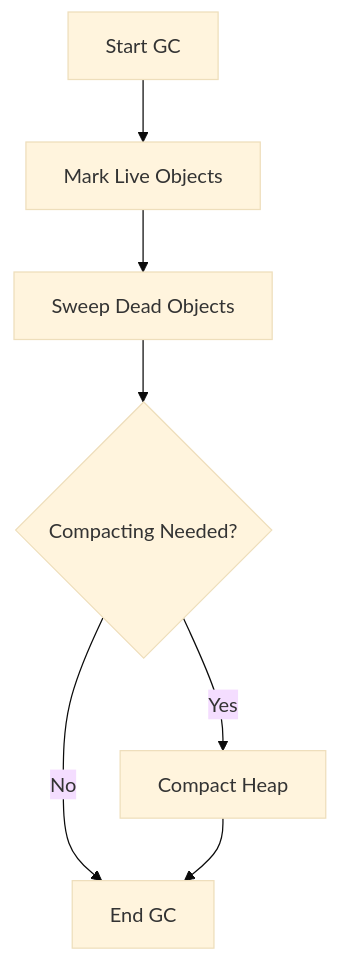
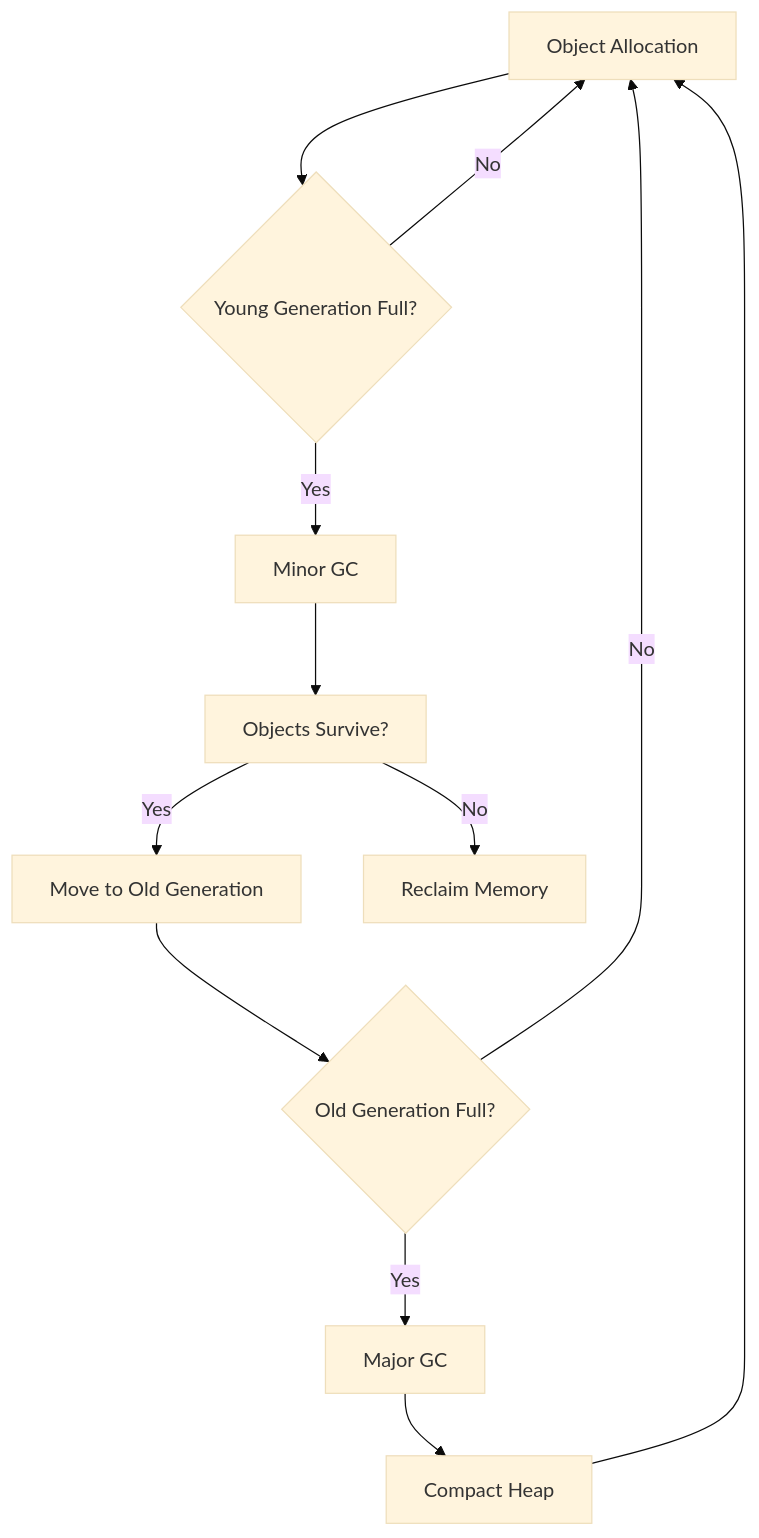
The diagram in garbage-collection-algorithms/README.md (VrushankPatel/interview-matters), drawn with Mermaid (base theme) before and after one commit. The commit also changed other lines of this file and 6 other files, not shown here.

````diff
--- a/garbage-collection-algorithms/README.md
+++ b/garbage-collection-algorithms/README.md
@@ -25,9 +56,17 @@
 ```mermaid
 graph TD
-    A[Start GC] --> B[Mark Live Objects]
-    B --> C[Sweep Dead Objects]
-    C --> D{Compacting Needed?}
-    D -->|Yes| E[Compact Heap]
-    D -->|No| F[End GC]
-    E --> F
+    A[Object Allocation] --> B{Young Generation Full?}
+    B -->|Yes| C[Minor GC]
+    B -->|No| A
+    
+    C --> D[Objects Survive?]
+    D -->|Yes| E[Move to Old Generation]
+    D -->|No| F[Reclaim Memory]
+    
+    E --> G{Old Generation Full?}
+    G -->|Yes| H[Major GC]
+    G -->|No| A
+    
+    H --> I[Compact Heap]
+    I --> A
 ```
````
